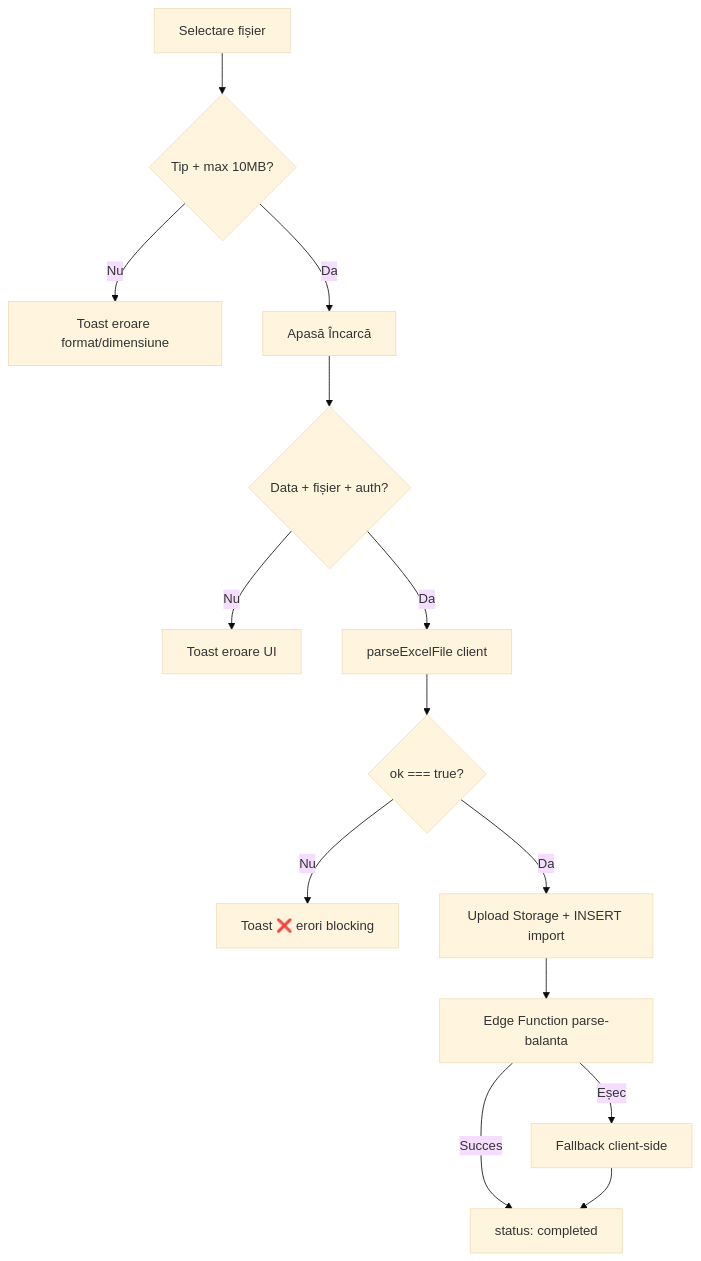
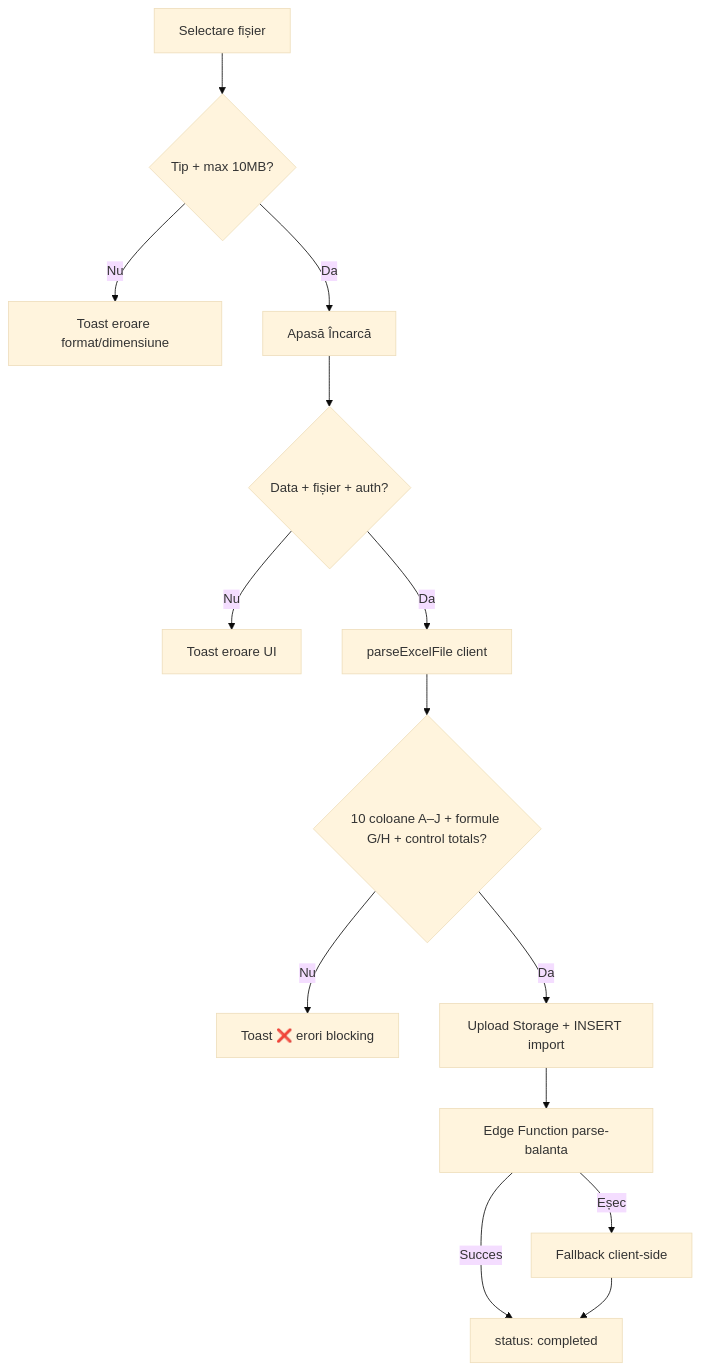
Before and after one commit to stef78cta/FinGuardv2: the diagram in ce_verificari_se_fac_la_upload_baanta.md, drawn with Mermaid (base theme). The commit also changed other lines of this file and 22 other files, not shown here.

````diff
--- a/ce_verificari_se_fac_la_upload_baanta.md
+++ b/ce_verificari_se_fac_la_upload_baanta.md
@@ -299,16 +291,16 @@
 ```mermaid
 flowchart TD
     A[Selectare fișier] --> B{Tip + max 10MB?}
     B -->|Nu| B1[Toast eroare format/dimensiune]
     B -->|Da| C[Apasă Încarcă]
     C --> D{Data + fișier + auth?}
     D -->|Nu| D1[Toast eroare UI]
     D -->|Da| E[parseExcelFile client]
-    E --> F{ok === true?}
+    E --> F{10 coloane A–J + formule G/H + control totals?}
     F -->|Nu| F1[Toast ❌ erori blocking]
     F -->|Da| G[Upload Storage + INSERT import]
     G --> H[Edge Function parse-balanta]
     H -->|Eșec| I[Fallback client-side]
     H -->|Succes| J[status: completed]
     I --> J
 ```
````
